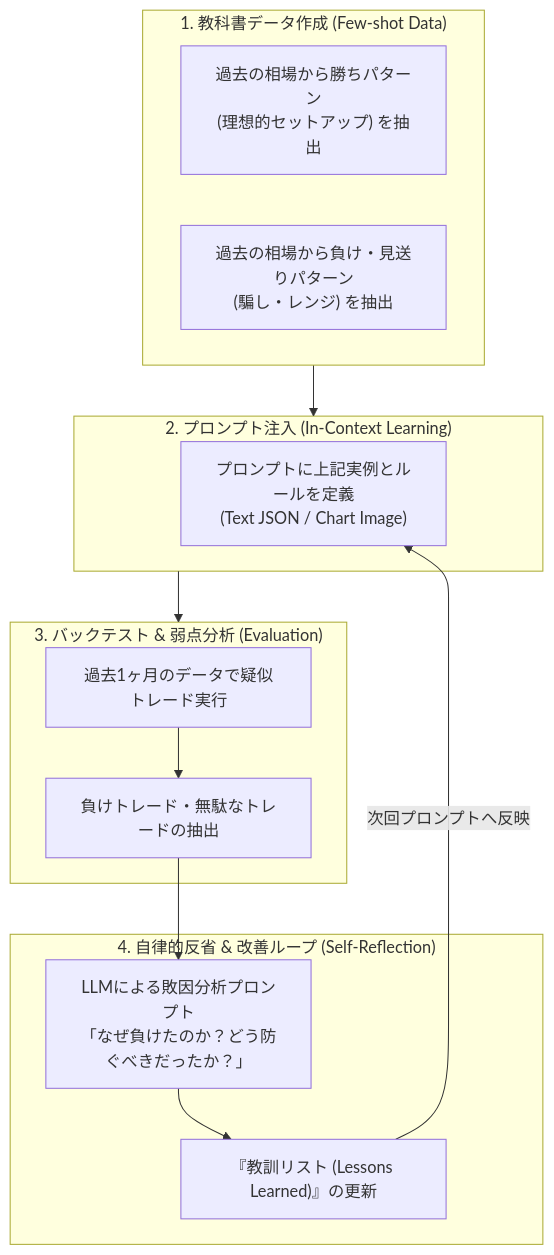
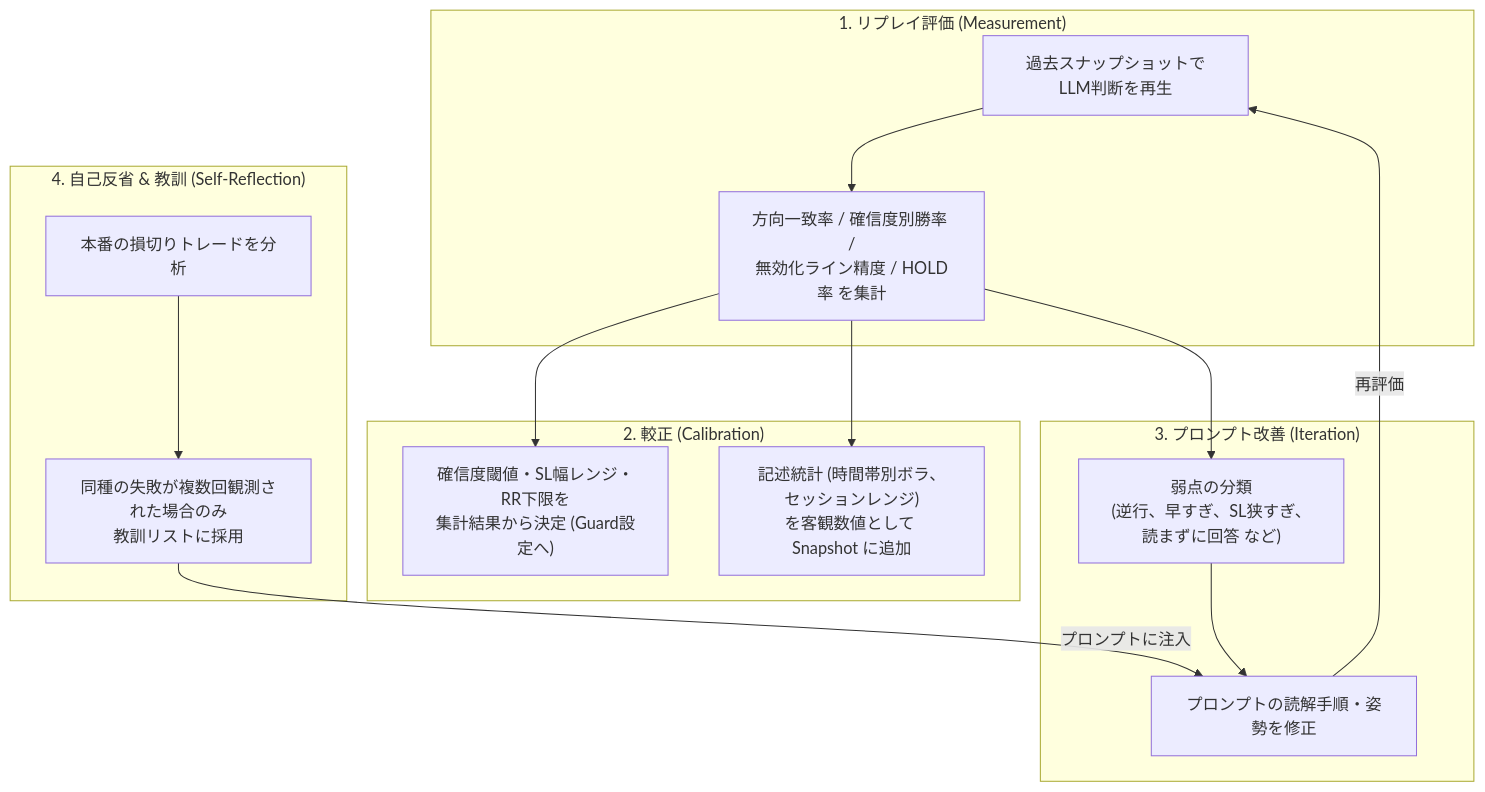
The diagram in docs/05_ai_learning_and_prompt_tuning.md (taiki-nd/ntrade), drawn with Mermaid before and after one commit. The commit also changed other lines of this file and 5 other files, not shown here.

````diff
--- a/docs/05_ai_learning_and_prompt_tuning.md
+++ b/docs/05_ai_learning_and_prompt_tuning.md
@@ -10,25 +10,24 @@
 ```mermaid
 flowchart TD
-    subgraph Phase1["1. 教科書データ作成 (Few-shot Data)"]
-        D1["過去の相場から勝ちパターン\n(理想的セットアップ) を抽出"]
-        D2["過去の相場から負け・見送りパターン\n(騙し・レンジ) を抽出"]
+    subgraph Phase1["1. リプレイ評価 (Measurement)"]
+        R1["過去スナップショットでLLM判断を再生"]
+        R1 --> R2["方向一致率 / 確信度別勝率 /\n無効化ライン精度 / HOLD率 を集計"]
     end
 
-    subgraph Phase2["2. プロンプト注入 (In-Context Learning)"]
-        P["プロンプトに上記実例とルールを定義\n(Text JSON / Chart Image)"]
+    subgraph Phase2["2. 較正 (Calibration)"]
+        R2 --> C1["確信度閾値・SL幅レンジ・RR下限を\n集計結果から決定 (Guard設定へ)"]
+        R2 --> C2["記述統計 (時間帯別ボラ、セッションレンジ)\nを客観数値として Snapshot に追加"]
     end
 
-    subgraph Phase3["3. バックテスト & 弱点分析 (Evaluation)"]
-        BT["過去1ヶ月のデータで疑似トレード実行"]
-        BT --> Loss["負けトレード・無駄なトレードの抽出"]
+    subgraph Phase3["3. プロンプト改善 (Iteration)"]
+        R2 --> P1["弱点の分類\n(逆行、早すぎ、SL狭すぎ、読まずに回答 など)"]
+        P1 --> P2["プロンプトの読解手順・姿勢を修正"]
+        P2 -->|再評価| R1
     end
 
-    subgraph Phase4["4. 自律的反省 & 改善ループ (Self-Reflection)"]
-        Loss --> Refl["LLMによる敗因分析プロンプト\n「なぜ負けたのか？どう防ぐべきだったか？」"]
-        Refl --> Lesson["『教訓リスト (Lessons Learned)』の更新"]
-        Lesson -->|次回プロンプトへ反映| P
+    subgraph Phase4["4. 自己反省 & 教訓 (Self-Reflection)"]
+        L1["本番の損切りトレードを分析"]
+        L1 --> L2["同種の失敗が複数回観測された場合のみ\n教訓リストに採用"]
+        L2 -->|プロンプトに注入| P2
     end
-
-    Phase1 --> Phase2
-    Phase2 --> Phase3
 ```
````
